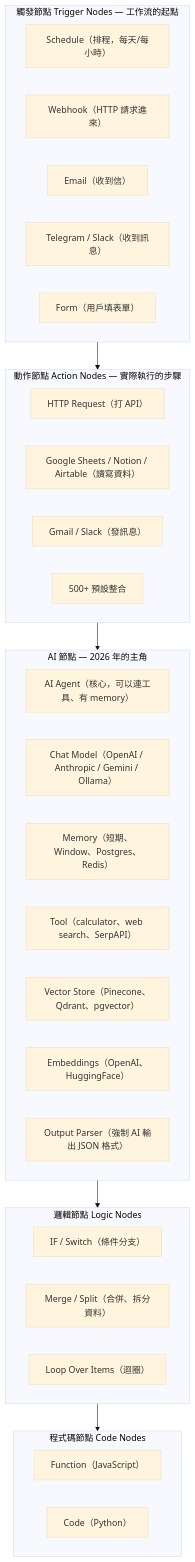
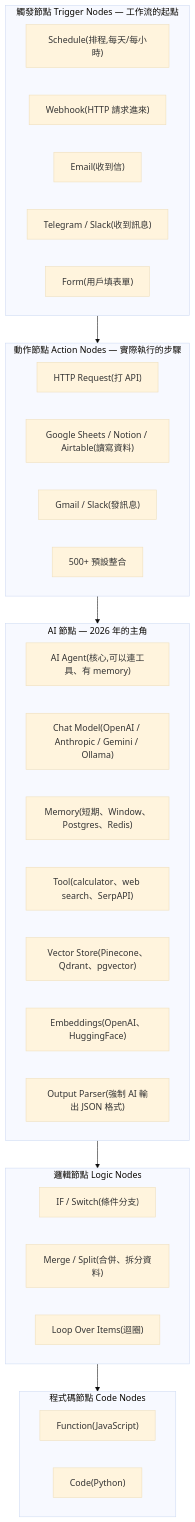
One commit to deadline314/Lesson3-AI-Tools changed diagram 11 of 47 in Guide.md. Above: the diagram before and after it, drawn with Mermaid (base theme). The commit also changed other lines of this file and 25 other files, not shown here.

````diff
--- a/Guide.md
+++ b/Guide.md
@@ -475,40 +676,40 @@
 ```mermaid
 flowchart TD
     subgraph Trigger["觸發節點 Trigger Nodes — 工作流的起點"]
-        T1["Schedule（排程，每天/每小時）"]
-        T2["Webhook（HTTP 請求進來）"]
-        T3["Email（收到信）"]
-        T4["Telegram / Slack（收到訊息）"]
-        T5["Form（用戶填表單）"]
+        T1["Schedule(排程,每天/每小時)"]
+        T2["Webhook(HTTP 請求進來)"]
+        T3["Email(收到信)"]
+        T4["Telegram / Slack(收到訊息)"]
+        T5["Form(用戶填表單)"]
     end
     
     subgraph Action["動作節點 Action Nodes — 實際執行的步驟"]
-        A1["HTTP Request（打 API）"]
-        A2["Google Sheets / Notion / Airtable（讀寫資料）"]
-        A3["Gmail / Slack（發訊息）"]
+        A1["HTTP Request(打 API)"]
+        A2["Google Sheets / Notion / Airtable(讀寫資料)"]
+        A3["Gmail / Slack(發訊息)"]
         A4["500+ 預設整合"]
     end
     
     subgraph AI["AI 節點 — 2026 年的主角"]
-        AI1["AI Agent（核心，可以連工具、有 memory）"]
-        AI2["Chat Model（OpenAI / Anthropic / Gemini / Ollama）"]
-        AI3["Memory（短期、Window、Postgres、Redis）"]
-        AI4["Tool（calculator、web search、SerpAPI）"]
-        AI5["Vector Store（Pinecone、Qdrant、pgvector）"]
-        AI6["Embeddings（OpenAI、HuggingFace）"]
-        AI7["Output Parser（強制 AI 輸出 JSON 格式）"]
+        AI1["AI Agent(核心,可以連工具、有 memory)"]
+        AI2["Chat Model(OpenAI / Anthropic / Gemini / Ollama)"]
+        AI3["Memory(短期、Window、Postgres、Redis)"]
+        AI4["Tool(calculator、web search、SerpAPI)"]
+        AI5["Vector Store(Pinecone、Qdrant、pgvector)"]
+        AI6["Embeddings(OpenAI、HuggingFace)"]
+        AI7["Output Parser(強制 AI 輸出 JSON 格式)"]
     end
     
     subgraph Logic["邏輯節點 Logic Nodes"]
-        L1["IF / Switch（條件分支）"]
-        L2["Merge / Split（合併、拆分資料）"]
-        L3["Loop Over Items（迴圈）"]
+        L1["IF / Switch(條件分支)"]
+        L2["Merge / Split(合併、拆分資料)"]
+        L3["Loop Over Items(迴圈)"]
     end
     
     subgraph Code["程式碼節點 Code Nodes"]
-        C1["Function（JavaScript）"]
-        C2["Code（Python）"]
+        C1["Function(JavaScript)"]
+        C2["Code(Python)"]
     end
     
     Trigger --> Action --> AI --> Logic --> Code
 ```
````
